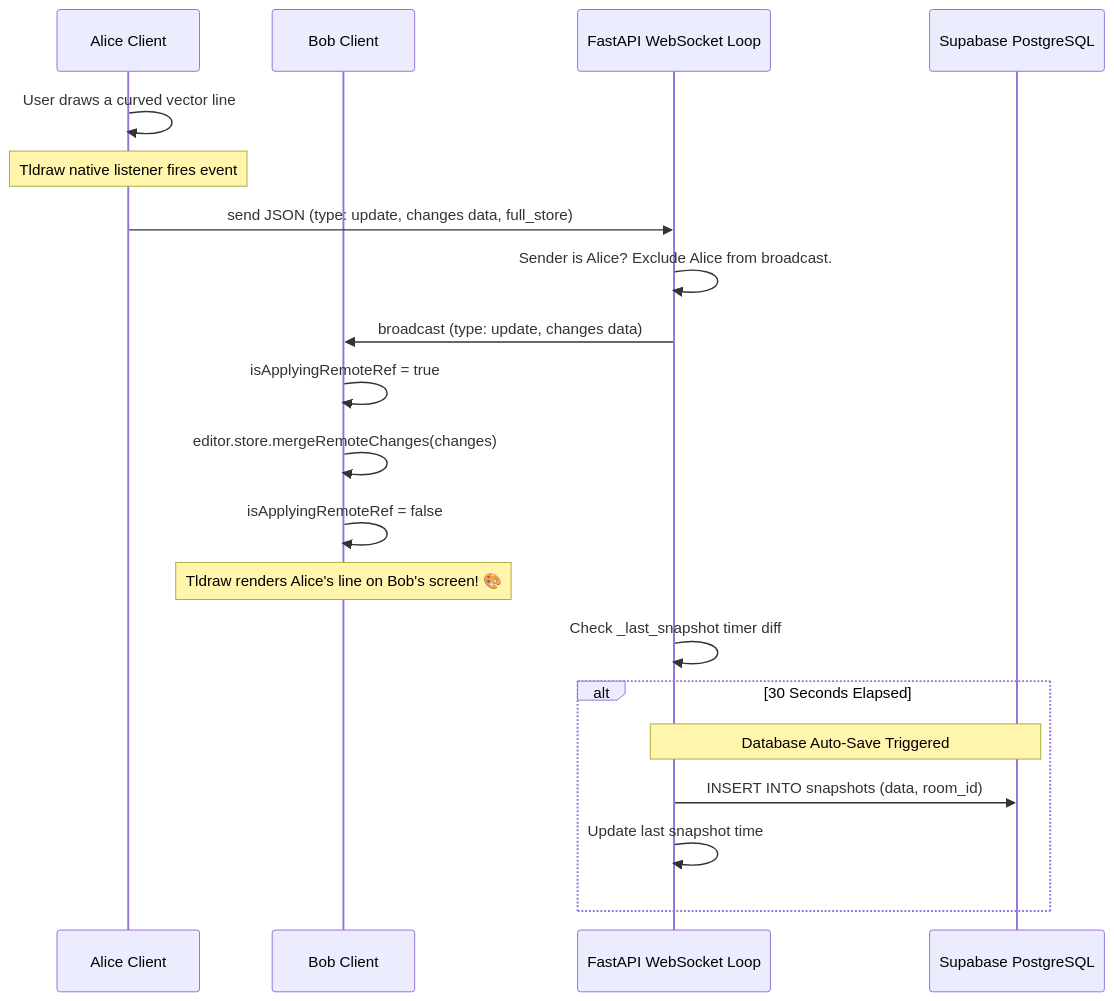
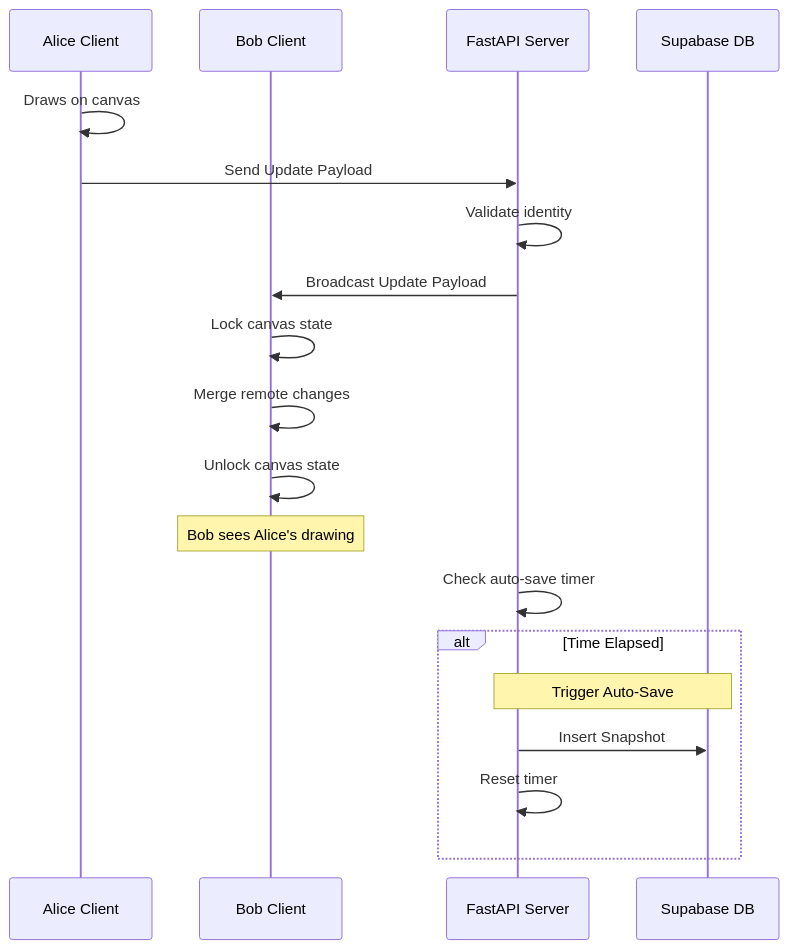
Before and after one commit to alexli8408/CoWhiteboard: the third of 3 diagrams in devlog.md, drawn with Mermaid. The commit also changed other lines of this file, not shown here.

Commit message:
docs: strip complex chars from mermaid diagrams to fix rendering

````diff
--- a/devlog.md
+++ b/devlog.md
@@ -208,26 +203,25 @@
 ```mermaid
 sequenceDiagram
     participant Alice as Alice Client
     participant Bob as Bob Client
-    participant Server as FastAPI WebSocket Loop
-    participant DB as Supabase PostgreSQL
+    participant Server as FastAPI Server
+    participant DB as Supabase DB
 
-    Alice->>Alice: User draws a curved vector line
-    Note over Alice: Tldraw native listener fires event
-    Alice->>Server: send JSON (type: update, changes data, full_store)
+    Alice->>Alice: Draws on canvas
+    Alice->>Server: Send Update Payload
 
-    Server->>Server: Sender is Alice? Exclude Alice from broadcast.
-    Server->>Bob: broadcast (type: update, changes data)
+    Server->>Server: Validate identity
+    Server->>Bob: Broadcast Update Payload
 
-    Bob->>Bob: isApplyingRemoteRef = true
-    Bob->>Bob: editor.store.mergeRemoteChanges(changes)
-    Bob->>Bob: isApplyingRemoteRef = false
-    Note over Bob: Tldraw renders Alice's line on Bob's screen! 🎨
+    Bob->>Bob: Lock canvas state
+    Bob->>Bob: Merge remote changes
+    Bob->>Bob: Unlock canvas state
+    Note over Bob: Bob sees Alice's drawing
 
-    Server->>Server: Check _last_snapshot timer diff
-    alt 30 Seconds Elapsed
-        Note over Server,DB: Database Auto-Save Triggered
-        Server->>DB: INSERT INTO snapshots (data, room_id)
-        Server->>Server: Update last snapshot time
+    Server->>Server: Check auto-save timer
+    alt Time Elapsed
+        Note over Server,DB: Trigger Auto-Save
+        Server->>DB: Insert Snapshot
+        Server->>Server: Reset timer
     end
 ```
````
